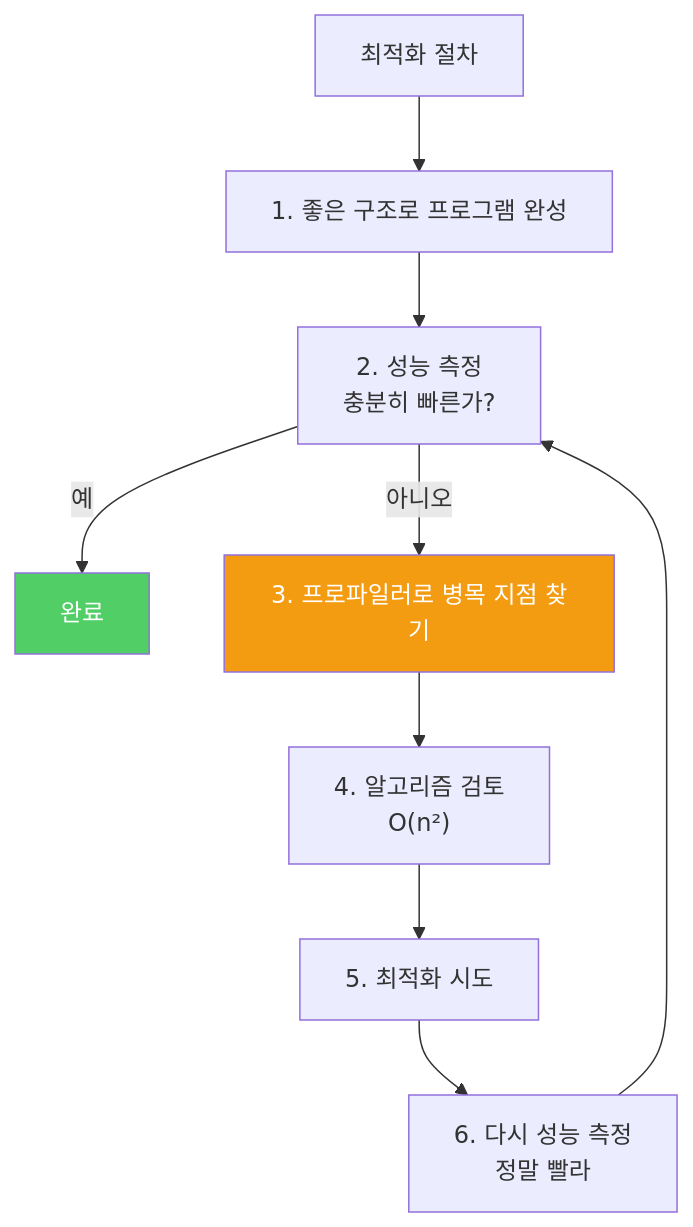
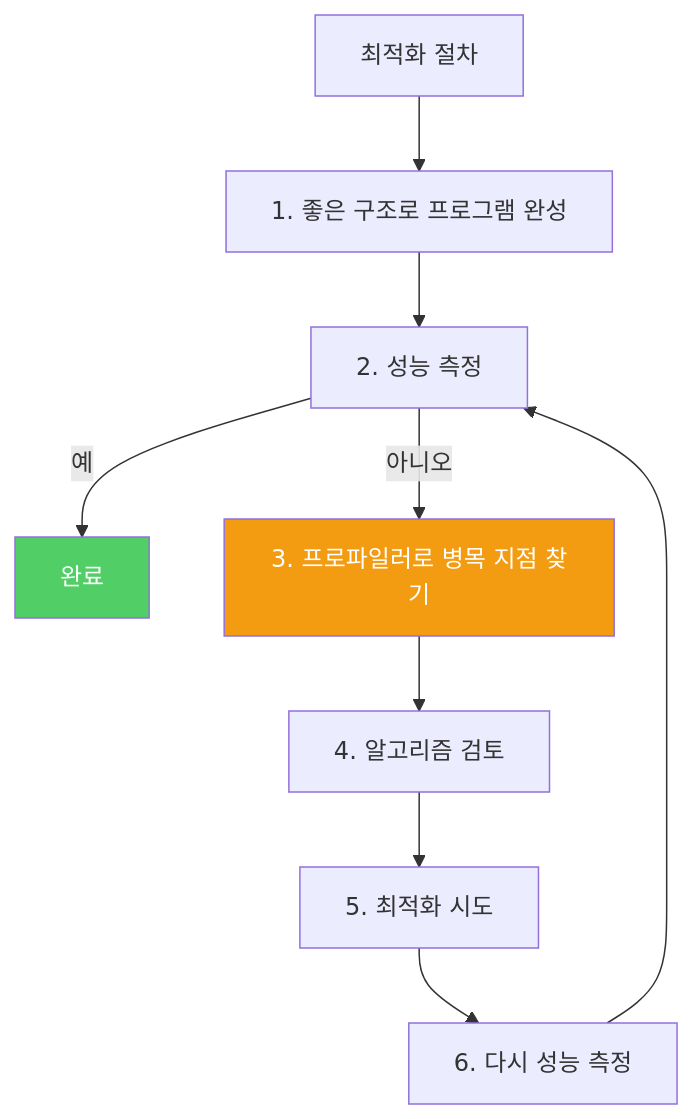
Before and after one commit to yjkim2015/yjkim2015.github.io: the diagram in _posts/java/2022-02-13-effective-java67.md, drawn with Mermaid. The commit also changed 217 other files, not shown here.

First line of the commit message:
Mermaid 크기 수정: useMaxWidth:true + SVG max-width:100% + 라벨 축소

````diff
--- a/_posts/java/2022-02-13-effective-java67.md
+++ b/_posts/java/2022-02-13-effective-java67.md
@@ -76,13 +76,13 @@
 ```mermaid
 graph TD
     A["최적화 절차"] --> B["1. 좋은 구조로 프로그램 완성"]
-    B --> C["2. 성능 측정\n충분히 빠른가?"]
+    B --> C["2. 성능 측정"]
     C -- 예 --> D["완료"]
     C -- 아니오 --> E["3. 프로파일러로 병목 지점 찾기"]
-    E --> F["4. 알고리즘 검토\nO(n²)"]
+    E --> F["4. 알고리즘 검토"]
     F --> G["5. 최적화 시도"]
-    G --> H["6. 다시 성능 측정\n정말 빨라"]
+    G --> H["6. 다시 성능 측정"]
     H --> C
     style D fill:#51cf66,color:#fff
     style E fill:#f39c12,color:#fff
 ```
````
